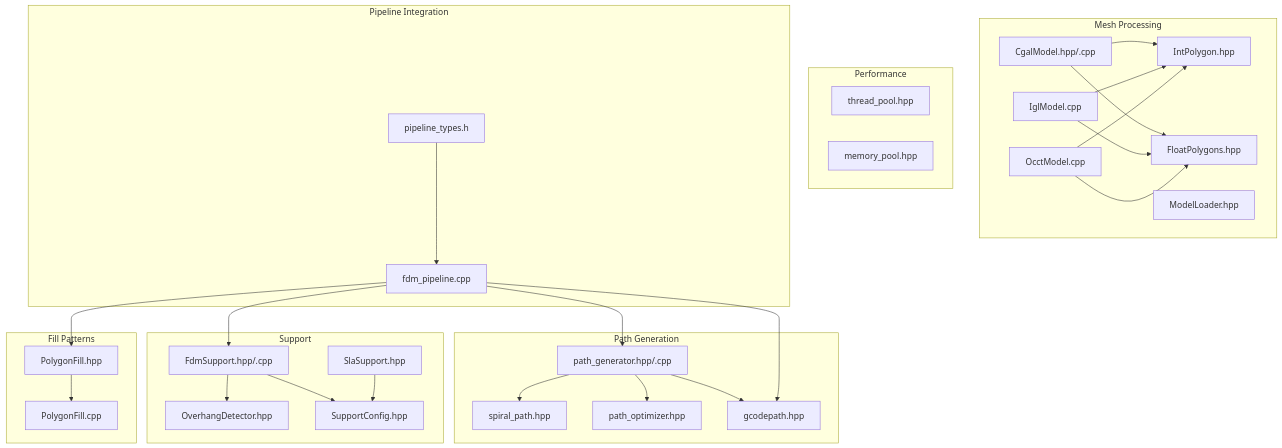
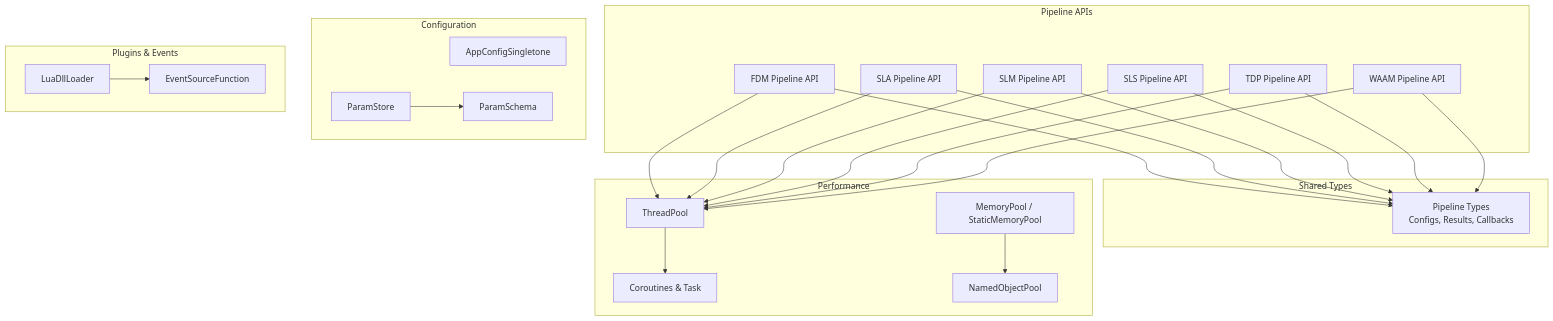
One commit to hsmbanlance/HsBaSlicer changed the first of 12 diagrams in .qoder/repowiki/en/content/Advanced Features/Advanced Features.md. Above: the diagram before and after it, drawn with Mermaid. The commit also changed other lines of this file and 1135 other files, not shown here.

````diff
--- a/.qoder/repowiki/en/content/Advanced Features/Advanced Features.md
+++ b/.qoder/repowiki/en/content/Advanced Features/Advanced Features.md
@@ -68,53 +47,45 @@
 ```mermaid
 graph TB
-subgraph "Path Generation"
-PG["path_generator.hpp/.cpp"]
-SP["spiral_path.hpp"]
-PO["path_optimizer.hpp"]
-GP["gcodepath.hpp"]
+subgraph "Pipeline APIs"
+FDM["FDM Pipeline API"]
+SLA["SLA Pipeline API"]
+SLM["SLM Pipeline API"]
+SLS["SLS Pipeline API"]
+TDP["TDP Pipeline API"]
+WAAM["WAAM Pipeline API"]
 end
-subgraph "Support"
-FS["FdmSupport.hpp/.cpp"]
-OD["OverhangDetector.hpp"]
-SS["SlaSupport.hpp"]
-SC["SupportConfig.hpp"]
-end
-subgraph "Fill Patterns"
-PFH["PolygonFill.hpp"]
-PFC["PolygonFill.cpp"]
-end
-subgraph "Mesh Processing"
-CGAL["CgalModel.hpp/.cpp"]
-IGL["IglModel.cpp"]
-OCCT["OcctModel.cpp"]
-IPH["IntPolygon.hpp"]
-FPH["FloatPolygons.hpp"]
-ML["ModelLoader.hpp"]
+subgraph "Shared Types"
+PT["Pipeline Types<br/>Configs, Results, Callbacks"]
 end
 subgraph "Performance"
-TP["thread_pool.hpp"]
-MP["memory_pool.hpp"]
+TP["ThreadPool"]
+CO["Coroutines & Task"]
+MP["MemoryPool / StaticMemoryPool"]
+OP["NamedObjectPool"]
 end
-subgraph "Pipeline Integration"
-FDP["fdm_pipeline.cpp"]
-PT["pipeline_types.h"]
+subgraph "Configuration"
+AC["AppConfigSingletone"]
+PS["ParamStore"]
+SC["ParamSchema"]
 end
-PG --> GP
-PG --> SP
-PG --> PO
-FS --> OD
-FS --> SC
-SS --> SC
-PFH --> PFC
-CGAL --> IPH
-CGAL --> FPH
-IGL --> IPH
-IGL --> FPH
-OCCT --> IPH
-OCCT --> FPH
-FDP --> PG
-FDP --> FS
-FDP --> PFH
-FDP --> GP
-PT --> FDP
+subgraph "Plugins & Events"
+DL["LuaDllLoader"]
+EV["EventSourceFunction"]
+end
+FDM --> PT
+SLA --> PT
+SLM --> PT
+SLS --> PT
+TDP --> PT
+WAAM --> PT
+FDM --> TP
+SLA --> TP
+SLM --> TP
+SLS --> TP
+TDP --> TP
+WAAM --> TP
+TP --> CO
+MP --> OP
+PS --> SC
+DL --> EV
 ```
````
